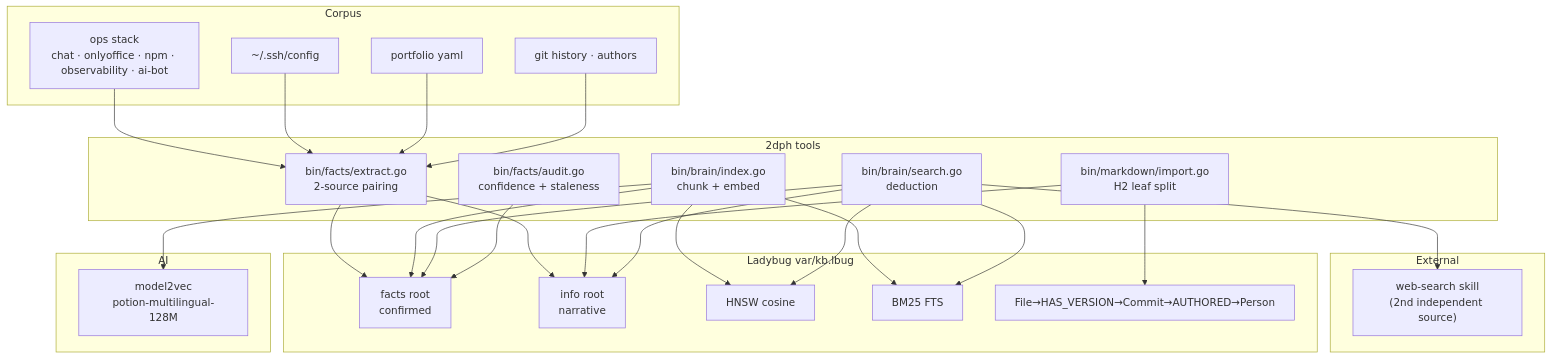
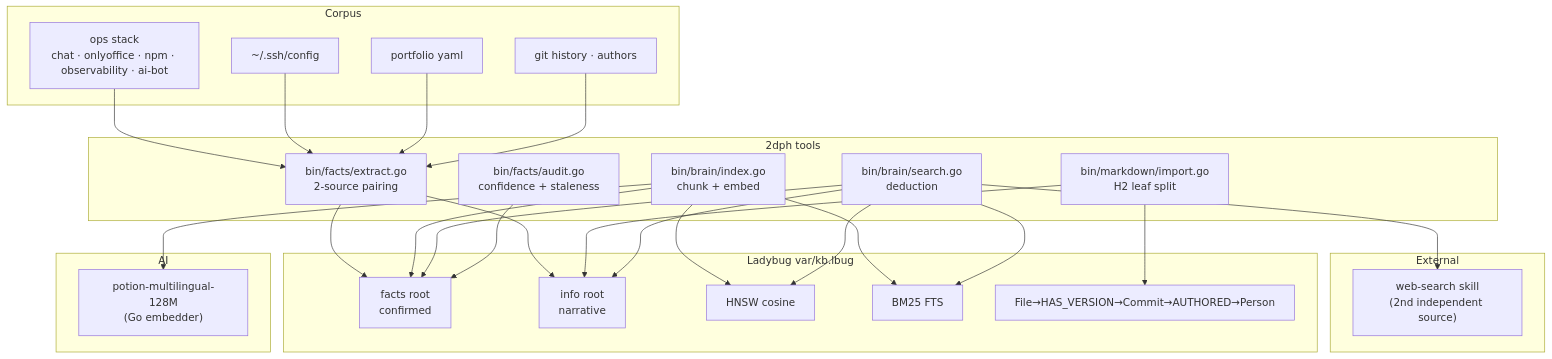
The diagram in README.md (eSlider/2dph), drawn with Mermaid before and after one commit. The commit also changed other lines of this file and 26 other files, not shown here.

````diff
--- a/README.md
+++ b/README.md
@@ -23,52 +23,52 @@
 ```mermaid
 graph TB
     subgraph corpus["Corpus"]
         OPS["ops stack<br/>chat · onlyoffice · npm · observability · ai-bot"]
         SSH["~/.ssh/config"]
         CV["portfolio yaml"]
         GH["git history · authors"]
     end
 
     subgraph dph["2dph tools"]
         EX["bin/facts/extract.go<br/>2-source pairing"]
         AU["bin/facts/audit.go<br/>confidence + staleness"]
         IDX["bin/brain/index.go<br/>chunk + embed"]
         MD["bin/markdown/import.go<br/>H2 leaf split"]
         SR["bin/brain/search.go<br/>deduction"]
     end
 
     subgraph store["Ladybug var/kb.lbug"]
         FACTS["facts root<br/>confirmed"]
         INFO["info root<br/>narrative"]
         VEC["HNSW cosine"]
         FTS["BM25 FTS"]
         GR["File→HAS_VERSION→Commit→AUTHORED→Person"]
     end
 
     subgraph ai["AI"]
-        M2V["model2vec<br/>potion-multilingual-128M"]
+        M2V["potion-multilingual-128M<br/>(Go embedder)"]
     end
 
     subgraph ext["External"]
         WS["web-search skill<br/>(2nd independent source)"]
     end
 
     OPS --> EX
     SSH --> EX
     CV --> EX
     GH --> EX
     EX --> FACTS
     EX --> INFO
     MD --> GR
     MD --> INFO
     IDX --> M2V
     IDX --> VEC
     IDX --> FTS
     IDX --> FACTS
     SR --> FACTS
     SR --> INFO
     SR --> VEC
     SR --> FTS
     SR --> WS
     AU --> FACTS
 ```
````
